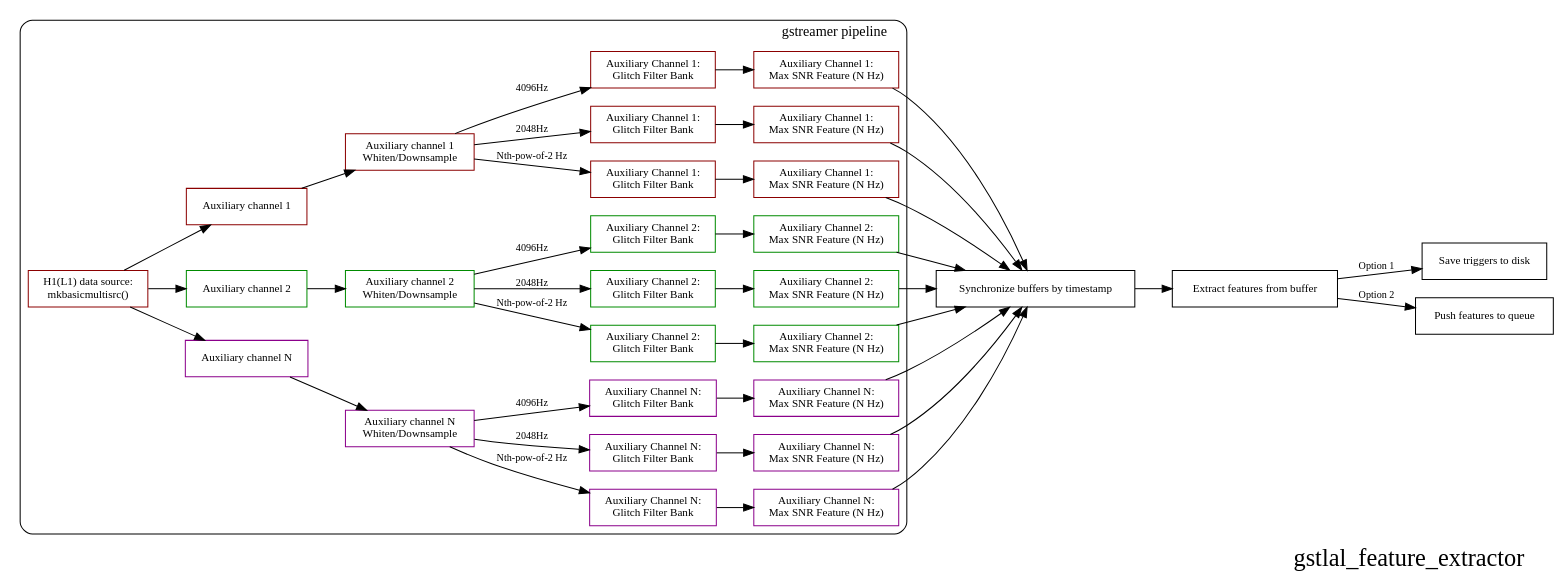
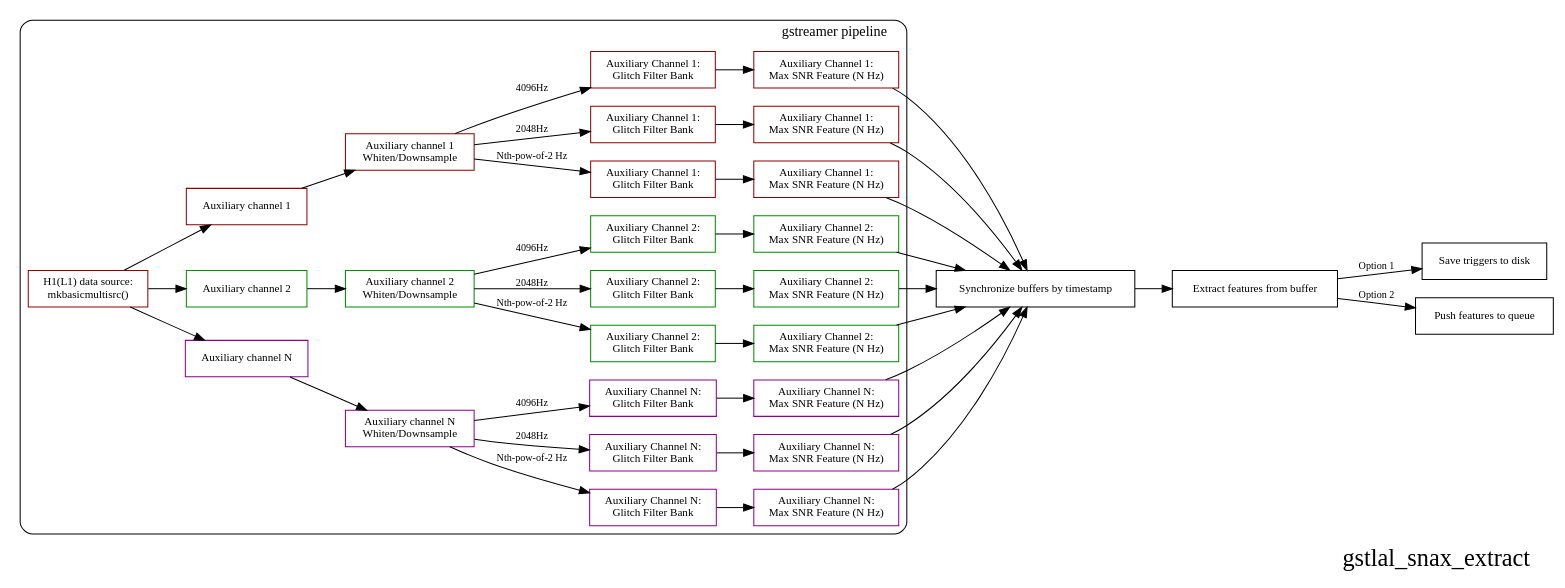
Before and after one commit to ElsevierSoftwareX/SOFTX_2020_238: the diagram in doc/source/feature_extraction.rst, drawn with Graphviz. The commit also changed other lines of this file and 3 other files, not shown here.

```diff
--- a/doc/source/feature_extraction.rst
+++ b/doc/source/feature_extraction.rst
@@ -32,7 +42,7 @@
 
     digraph llpipe {
      labeljust = "r";
-     label="gstlal_feature_extractor"
+     label="gstlal_snax_extract"
      rankdir=LR;
      graph [fontname="Roman", fontsize=24];
      edge [ fontname="Roman", fontsize=10 ];
```
